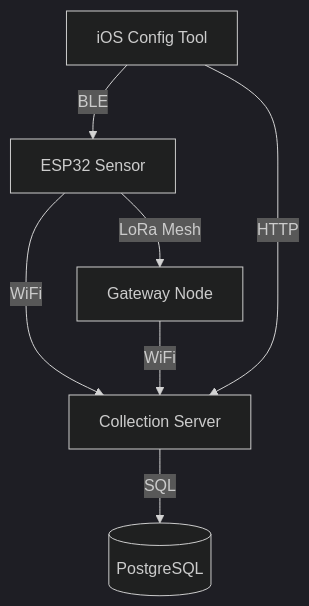
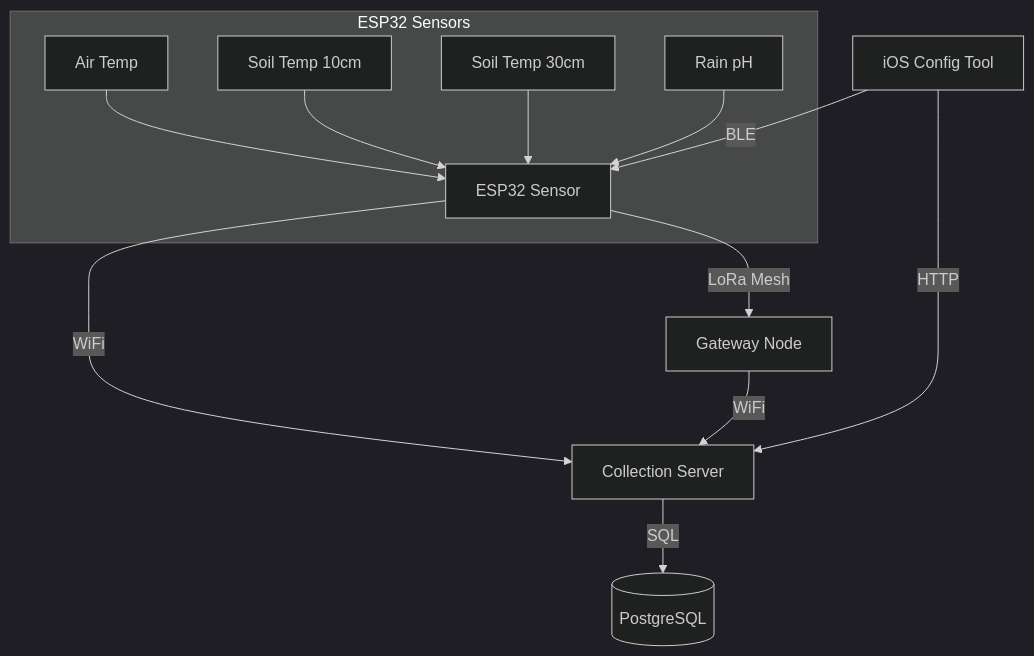
Before and after one commit to codeSnapped-LLC/environmental-monitor: the first of 2 diagrams in README.md, drawn with Mermaid (dark theme). The commit also changed other lines of this file, not shown here.

Commit message:
docs: update README with new sensor details in mermaid diagrams

````diff
--- a/README.md
+++ b/README.md
@@ -7,9 +7,16 @@
 ```mermaid
 graph TD
     A[ESP32 Sensor] -->|WiFi| B[Collection Server]
     A -->|LoRa Mesh| C[Gateway Node]
     C -->|WiFi| B
     B -->|SQL| D[(PostgreSQL)]
     E[iOS Config Tool] -->|BLE| A
     E -->|HTTP| B
+    
+    subgraph ESP32 Sensors
+        A1[Air Temp] --> A
+        A2[Soil Temp 10cm] --> A
+        A3[Soil Temp 30cm] --> A
+        A4[Rain pH] --> A
+    end
 ```
````
